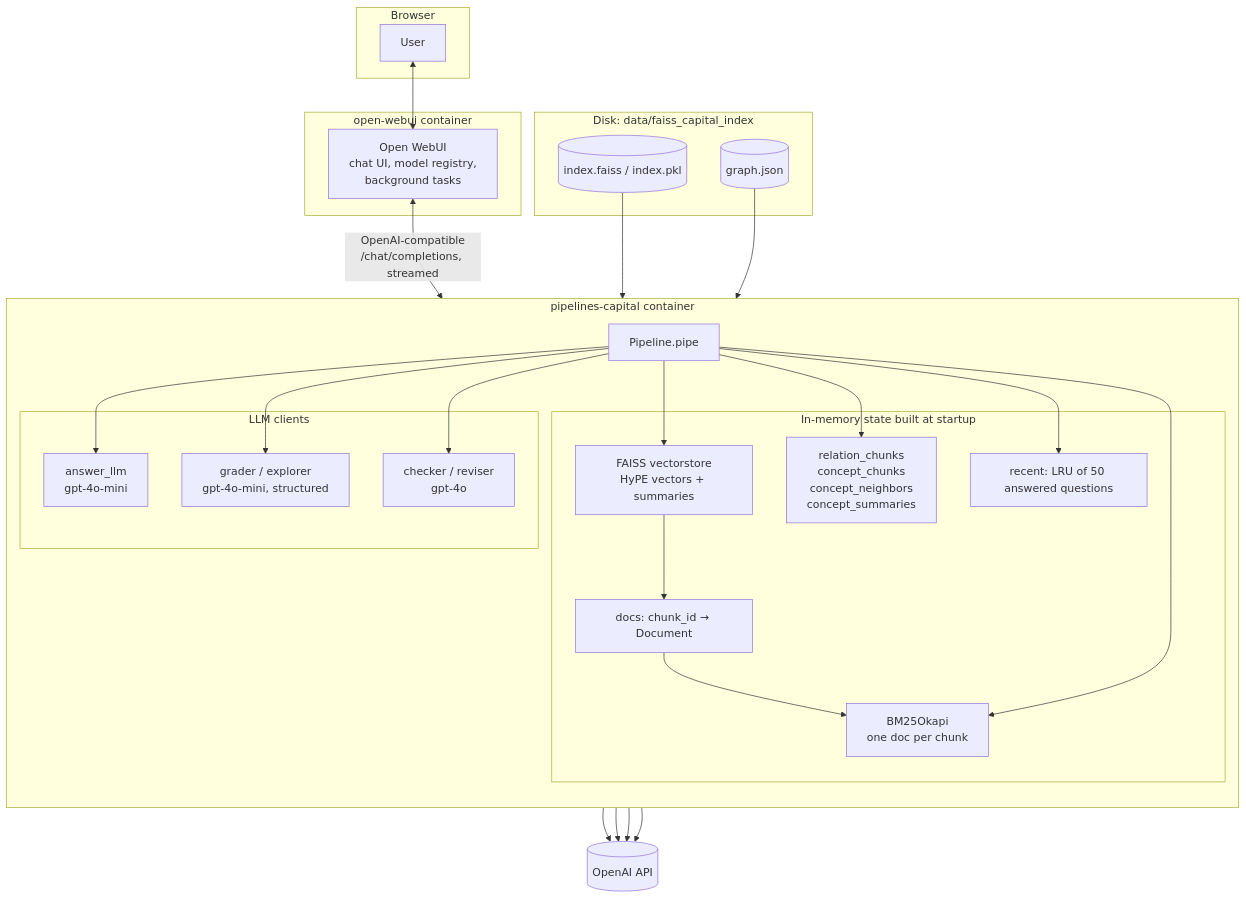
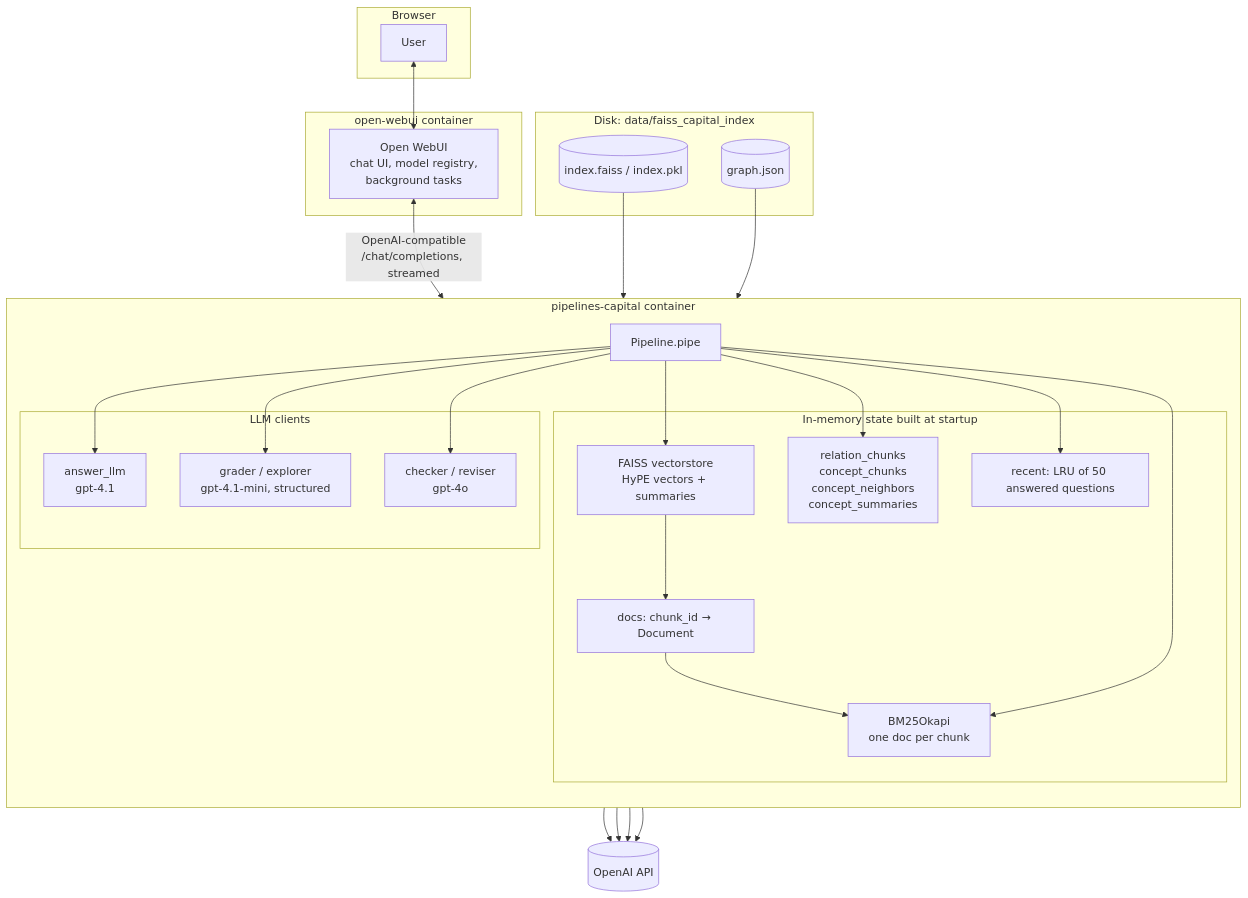
The first of 3 diagrams in docs/CAPITAL_RAG_BEST_PRACTICES.md (HaukeHoppe/MjoellnirAI), drawn with Mermaid before and after one commit. The commit also changed other lines of this file and 4 other files, not shown here.

First line of the commit message:
docs(docs): bring README, deep-dive docs and diagram up to date

````diff
--- a/docs/CAPITAL_RAG_BEST_PRACTICES.md
+++ b/docs/CAPITAL_RAG_BEST_PRACTICES.md
@@ -53,39 +59,39 @@
 ```mermaid
 flowchart TB
     subgraph Browser
         U[User]
     end
     subgraph open-webui container
         OW[Open WebUI<br/>chat UI, model registry,<br/>background tasks]
     end
     subgraph pipelines-capital container
         direction TB
         P[Pipeline.pipe]
         subgraph In-memory state built at startup
             VS[FAISS vectorstore<br/>HyPE vectors + summaries]
             BM[BM25Okapi<br/>one doc per chunk]
             DOCS[docs: chunk_id → Document]
             G[relation_chunks<br/>concept_chunks<br/>concept_neighbors<br/>concept_summaries]
             R[recent: LRU of 50 answered questions]
         end
         subgraph LLM clients
-            AL[answer_llm<br/>gpt-4o-mini]
-            GL[grader / explorer<br/>gpt-4o-mini, structured]
+            AL[answer_llm<br/>gpt-4.1]
+            GL[grader / explorer<br/>gpt-4.1-mini, structured]
             CL[checker / reviser<br/>gpt-4o]
         end
     end
     subgraph Disk: data/faiss_capital_index
         F1[(index.faiss / index.pkl)]
         F2[(graph.json)]
     end
     OAI[(OpenAI API)]
 
     U <--> OW
     OW <-->|OpenAI-compatible<br/>/chat/completions, streamed| P
     F1 --> VS
     F2 --> G
     VS --> DOCS --> BM
     P --> VS & BM & G & R
     P --> AL & GL & CL
     AL & GL & CL & VS --> OAI
 ```
````
